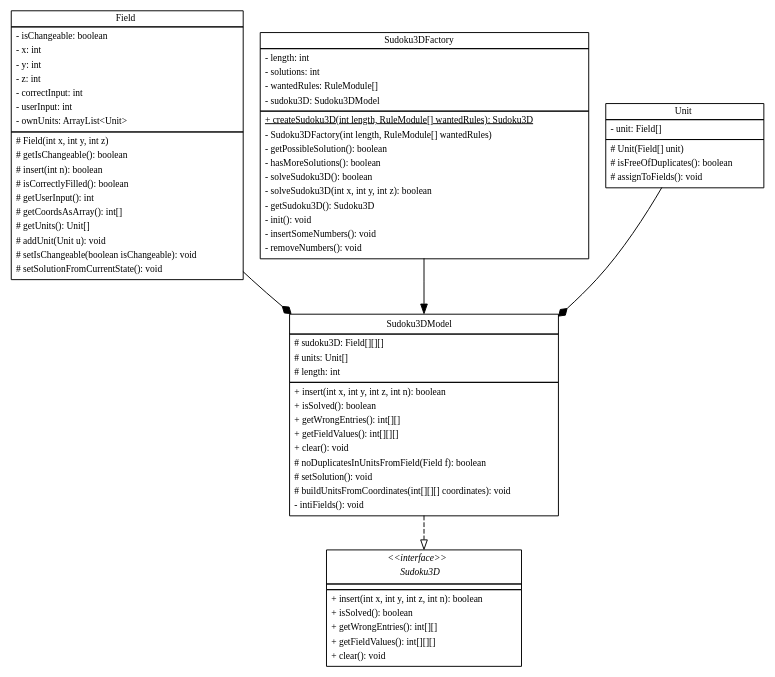
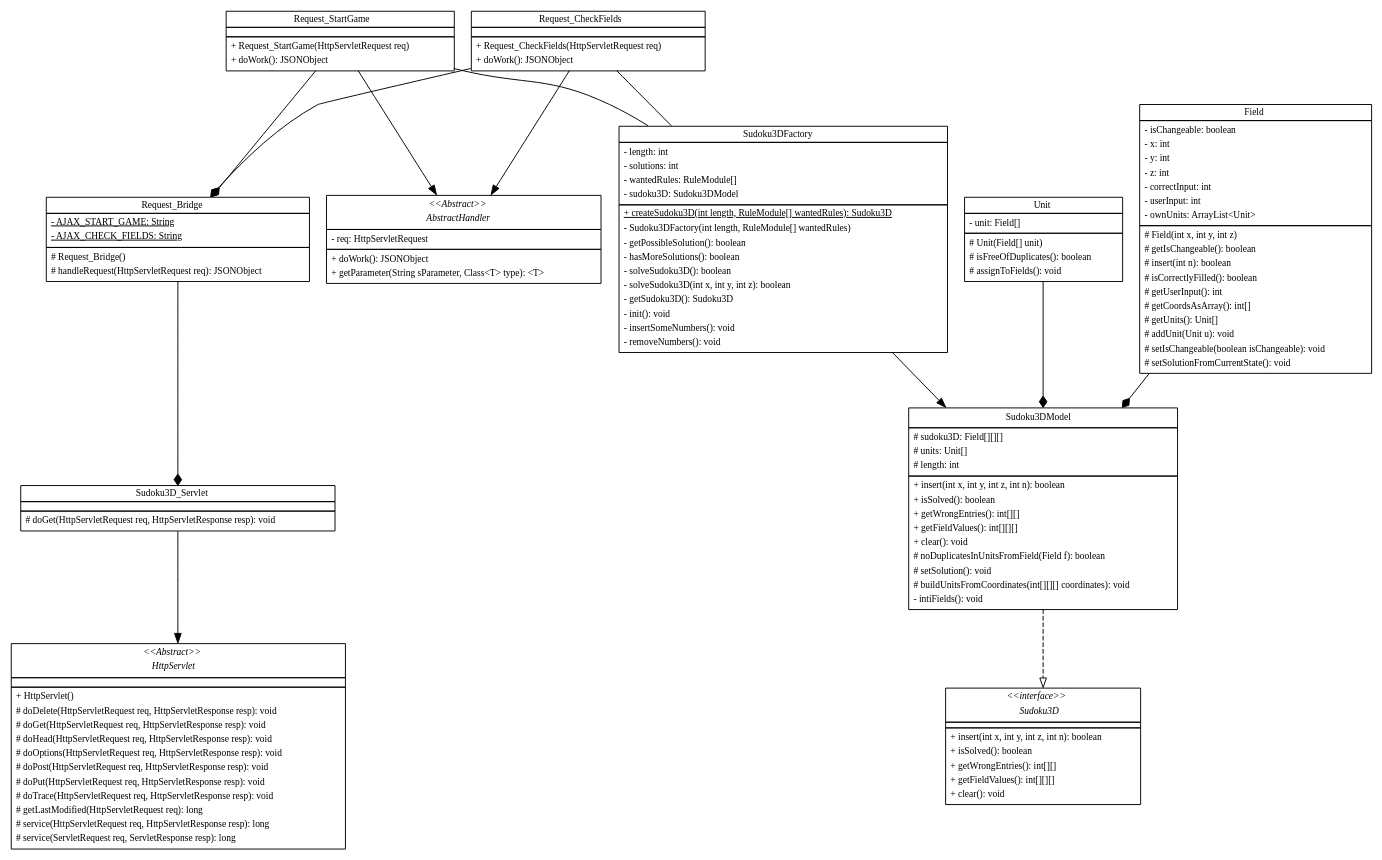
One commit to Mavpotter/Sudoku3D changed the diagram in doc/classdiagram.dot. Above: the diagram before and after it, drawn with Graphviz.

Commit message:
Erweiterung_UML_Schnittstelle[Dokumentaition/UML-Diagramm]
	Das UML-Diagramm wurde um die Klassen für die Schnittstelle
	erweitert;

```diff
--- a/doc/classdiagram.dot
+++ b/doc/classdiagram.dot
@@ -178,9 +178,180 @@
             </table>>
         ]
 
+        request_startgame [
+            label =
+            <<table border="0" cellspacing="0" cellborder="1">
+                <tr>
+                    <td>Request_StartGame</td>
+                </tr>
+                <tr>
+                    <td>
+                        <table border="0" cellspacing="0" cellborder="0">
+                            <tr><td align="left"></td></tr>
+                        </table>
+                    </td>
+                </tr>
+                <tr>
+                    <td>
+                        <table border="0" cellspacing="0" cellborder="0">
+                            <tr><td align="left">+ Request_StartGame(HttpServletRequest req)</td></tr>
+                            <tr><td align="left">+ doWork(): JSONObject</td></tr>
+                        </table>
+                    </td>
+                </tr>
+            </table>>
+        ]
+
+        request_checkfields [
+            label =
+            <<table border="0" cellspacing="0" cellborder="1">
+                <tr>
+                    <td>Request_CheckFields</td>
+                </tr>
+                <tr>
+                    <td>
+                        <table border="0" cellspacing="0" cellborder="0">
+                            <tr><td align="left"></td></tr>
+                        </table>
+                    </td>
+                </tr>
+                <tr>
+                    <td>
+                        <table border="0" cellspacing="0" cellborder="0">
+                            <tr><td align="left">+ Request_CheckFields(HttpServletRequest req)</td></tr>
+                            <tr><td align="left">+ doWork(): JSONObject</td></tr>
+                        </table>
+                    </td>
+                </tr>
+            </table>>
+        ]
+
+        request_bridge [
+            label =
+            <<table border="0" cellspacing="0" cellborder="1">
+                <tr>
+                    <td>Request_Bridge</td>
+                </tr>
+                <tr>
+                    <td>
+                        <table border="0" cellspacing="0" cellborder="0">
+                            <tr><td align="left"><u>- AJAX_START_GAME: String</u></td></tr>
+                            <tr><td align="left"><u>- AJAX_CHECK_FIELDS: String</u></td></tr>
+                        </table>
+                    </td>
+                </tr>
+                <tr>
+                    <td>
+                        <table border="0" cellspacing="0" cellborder="0">
+							<tr><td align="left"># Request_Bridge()</td></tr>
+                            <tr><td align="left"># handleRequest(HttpServletRequest req): JSONObject</td></tr>
+                        </table>
+                    </td>
+                </tr>
+            </table>>
+        ]
+
+        abstracthandler [
+            label =
+            <<table border="0" cellspacing="0" cellborder="1">
+                <tr>
+                    <td>
+                        <table border="0" cellspacing="0" cellborder="0">
+                            <tr><td align="center"><i>&lt;&lt;Abstract&gt;&gt;</i></td></tr>
+                            <tr><td align="center"><i>AbstractHandler</i></td></tr>
+                        </table>
+                    </td>
+                </tr>
+                <tr>
+                    <td>
+                        <table border="0" cellspacing="0" cellborder="0">
+                            <tr><td align="left">- req: HttpServletRequest</td></tr>
+                        </table>
+                    </td>
+                </tr>
+                <tr>
+                    <td>
+                        <table border="0" cellspacing="0" cellborder="0">
+                            <tr><td align="left">+ doWork(): JSONObject</td></tr>
+                            <tr><td align="left">+ getParameter(String sParameter, Class&lt;T&gt; type): &lt;T&gt;</td></tr>
+                        </table>
+                    </td>
+                </tr>
+            </table>>
+        ]
+
+        sudoku3D_servlet [
+            label =
+            <<table border="0" cellspacing="0" cellborder="1">
+                <tr>
+                    <td>Sudoku3D_Servlet</td>
+                </tr>
+                <tr>
+                    <td>
+                        <table border="0" cellspacing="0" cellborder="0">
+                            <tr><td align="left"></td></tr>
+                        </table>
+                    </td>
+                </tr>
+                <tr>
+                    <td>
+                        <table border="0" cellspacing="0" cellborder="0">
+                            <tr><td align="left"># doGet(HttpServletRequest req, HttpServletResponse resp): void</td></tr>
+                        </table>
+                    </td>
+                </tr>
+            </table>>
+        ]
+
+        httpservlet [
+            label =
+            <<table border="0" cellspacing="0" cellborder="1">
+                <tr>
+                    <td>
+                        <table border="0" cellspacing="0" cellborder="0">
+                            <tr><td align="center"><i>&lt;&lt;Abstract&gt;&gt;</i></td></tr>
+                            <tr><td align="center"><i>HttpServlet</i></td></tr>
+                        </table>
+					</td>
+                </tr>
+                <tr>
+                    <td>
+                        <table border="0" cellspacing="0" cellborder="0">
+                            <tr><td align="left"></td></tr>
+                        </table>
+                    </td>
+                </tr>
+                <tr>
+                    <td>
+                        <table border="0" cellspacing="0" cellborder="0">
+                            <tr><td align="left">+ HttpServlet()</td></tr>
+                            <tr><td align="left"># doDelete(HttpServletRequest req, HttpServletResponse resp): void</td></tr>
+                            <tr><td align="left"># doGet(HttpServletRequest req, HttpServletResponse resp): void</td></tr>
+                            <tr><td align="left"># doHead(HttpServletRequest req, HttpServletResponse resp): void</td></tr>
+                            <tr><td align="left"># doOptions(HttpServletRequest req, HttpServletResponse resp): void</td></tr>
+                            <tr><td align="left"># doPost(HttpServletRequest req, HttpServletResponse resp): void</td></tr>
+                            <tr><td align="left"># doPut(HttpServletRequest req, HttpServletResponse resp): void</td></tr>
+							<tr><td align="left"># doTrace(HttpServletRequest req, HttpServletResponse resp): void</td></tr>
+							<tr><td align="left"># getLastModified(HttpServletRequest req): long</td></tr>
+							<tr><td align="left"># service(HttpServletRequest req, HttpServletResponse resp): long</td></tr>
+							<tr><td align="left"># service(ServletRequest req, ServletResponse resp): long</td></tr>
+                        </table>
+                    </td>
+                </tr>
+            </table>>
+        ]
+
         sudoku3dfactory -> sudoku3dmodel
         field -> sudoku3dmodel [arrowhead=diamond]
         unit -> sudoku3dmodel [arrowhead=diamond]
         sudoku3dmodel -> sudoku3d [arrowhead=onormal,style=dashed]
+        request_startgame -> abstracthandler
+        request_startgame -> sudoku3dfactory [arrowhead=none]
+        request_checkfields -> abstracthandler
+        request_checkfields -> sudoku3dfactory [arrowhead=none]
+        request_startgame -> request_bridge [arrowhead=diamond]
+        request_checkfields -> request_bridge [arrowhead=diamond]
+        request_bridge -> sudoku3D_servlet [arrowhead=diamond]
+        sudoku3D_servlet -> httpservlet
     }
 }
```
